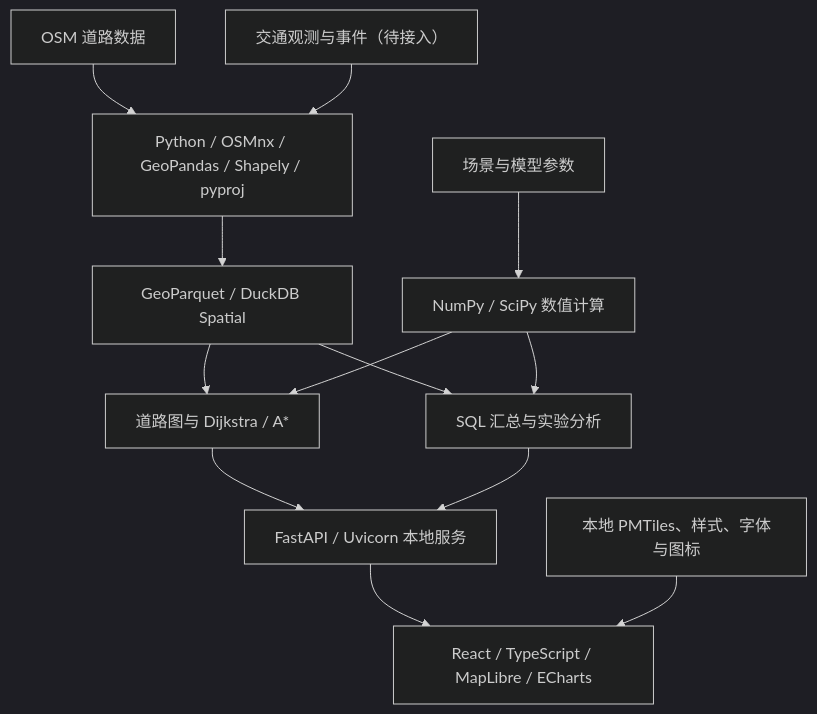
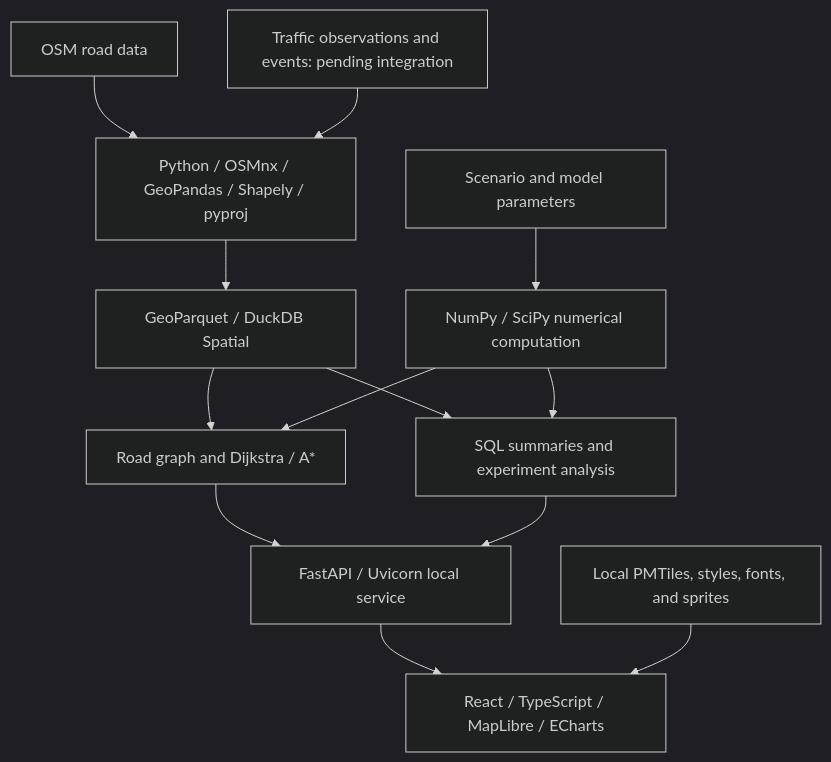
Before and after one commit to roy-pyke/Flow: the diagram in README.md, drawn with Mermaid (dark theme). The commit also changed other lines of this file and 1 other file, not shown here.

Commit message:
docs: publish English README and keep Chinese copy local

````diff
--- a/README.md
+++ b/README.md
@@ -83,15 +83,15 @@
 ```mermaid
 flowchart TD
-    OSM["OSM 道路数据"] --> ETL["Python / OSMnx / GeoPandas / Shapely / pyproj"]
-    OBS["交通观测与事件（待接入）"] --> ETL
+    OSM["OSM road data"] --> ETL["Python / OSMnx / GeoPandas / Shapely / pyproj"]
+    OBS["Traffic observations and events: pending integration"] --> ETL
     ETL --> STORE["GeoParquet / DuckDB Spatial"]
-    STORE --> GRAPH["道路图与 Dijkstra / A*"]
-    STORE --> ANALYSIS["SQL 汇总与实验分析"]
-    PARAMS["场景与模型参数"] --> SOLVER["NumPy / SciPy 数值计算"]
+    STORE --> GRAPH["Road graph and Dijkstra / A*"]
+    STORE --> ANALYSIS["SQL summaries and experiment analysis"]
+    PARAMS["Scenario and model parameters"] --> SOLVER["NumPy / SciPy numerical computation"]
     SOLVER --> GRAPH
     SOLVER --> ANALYSIS
-    GRAPH --> API["FastAPI / Uvicorn 本地服务"]
+    GRAPH --> API["FastAPI / Uvicorn local service"]
     ANALYSIS --> API
     API --> UI["React / TypeScript / MapLibre / ECharts"]
-    TILES["本地 PMTiles、样式、字体与图标"] --> UI
+    TILES["Local PMTiles, styles, fonts, and sprites"] --> UI
 ```
````
